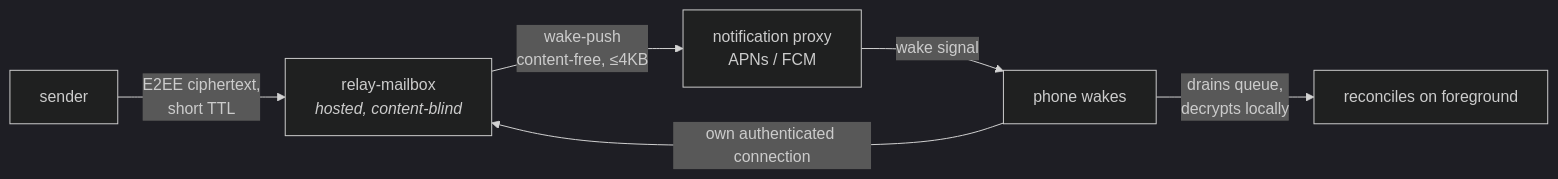
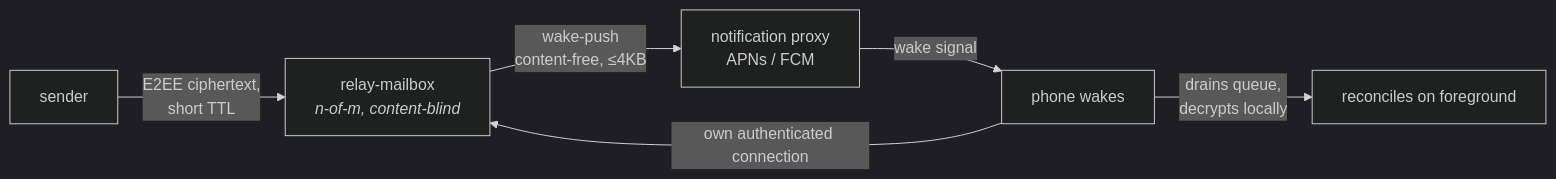
The diagram in 14-scaling.md (vul-os/kotva), drawn with Mermaid (dark theme) before and after one commit. The commit also changed other lines of this file and 28 other files, not shown here.

````diff
--- a/14-scaling.md
+++ b/14-scaling.md
@@ -59,8 +79,8 @@
 ```mermaid
 flowchart LR
-  S["sender"] -->|"E2EE ciphertext,<br/>short TTL"| RM["relay-mailbox<br/><i>hosted, content-blind</i>"]
+  S["sender"] -->|"E2EE ciphertext,<br/>short TTL"| RM["relay-mailbox<br/><i>n-of-m, content-blind</i>"]
   RM -->|"wake-push<br/>content-free, ≤4KB"| NP["notification proxy<br/>APNs / FCM"]
   NP -->|"wake signal"| PH["phone wakes"]
   PH -->|"own authenticated connection"| RM
   PH -->|"drains queue,<br/>decrypts locally"| REC["reconciles on foreground"]
 ```
````
